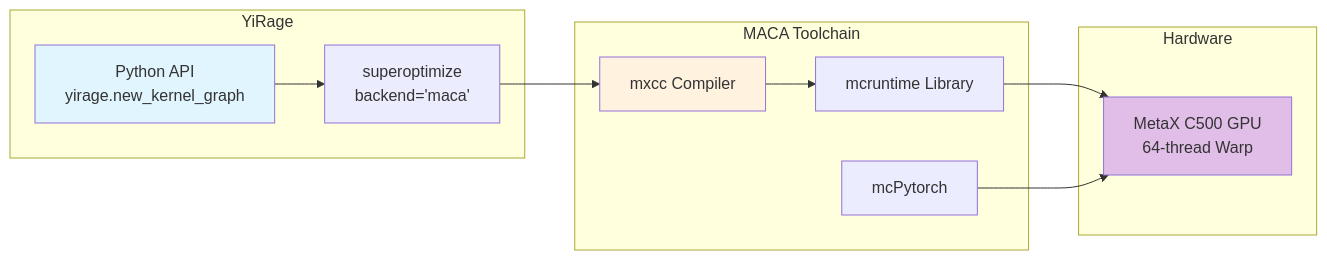
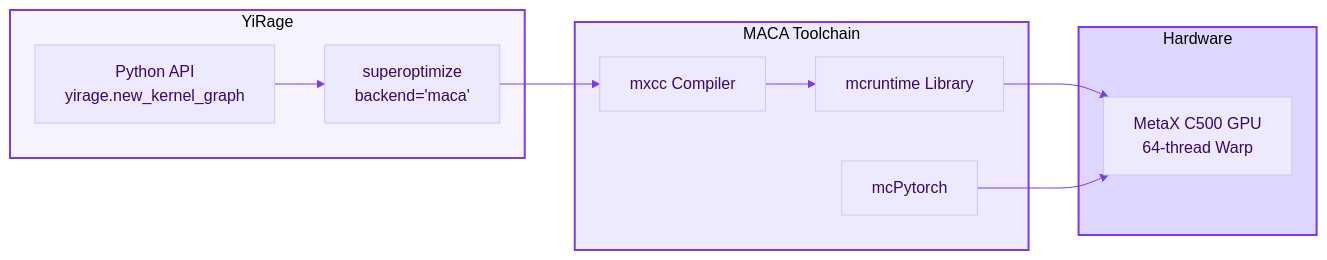
One commit to chenxingqiang/YiRage changed the diagram in docs/maca_quick_start.md. Above: the diagram before and after it, drawn with Mermaid. The commit also changed 9 other files, not shown here.

First line of the commit message:
style: unify Mermaid diagrams to minimal purple theme

````diff
--- a/docs/maca_quick_start.md
+++ b/docs/maca_quick_start.md
@@ -7,24 +7,25 @@
 ```mermaid
+%%{init: {'theme': 'base', 'themeVariables': { 'primaryColor': '#ede9fe', 'primaryTextColor': '#3b0764', 'lineColor': '#7c3aed'}}}%%
 flowchart LR
-    subgraph "YiRage"
+    subgraph YIRAGE["YiRage"]
         A[Python API<br/>yirage.new_kernel_graph]
         B[superoptimize<br/>backend='maca']
     end
 
-    subgraph "MACA Toolchain"
+    subgraph MACA["MACA Toolchain"]
         C[mxcc Compiler]
         D[mcruntime Library]
         E[mcPytorch]
     end
 
-    subgraph "Hardware"
+    subgraph HW["Hardware"]
         F[MetaX C500 GPU<br/>64-thread Warp]
     end
 
     A --> B --> C --> D --> F
     E --> F
 
-    style A fill:#e1f5fe
-    style C fill:#fff3e0
-    style F fill:#e1bee7
+    style YIRAGE fill:#f5f3ff,stroke:#7c3aed,stroke-width:2px
+    style MACA fill:#ede9fe,stroke:#7c3aed,stroke-width:2px
+    style HW fill:#ddd6fe,stroke:#7c3aed,stroke-width:2px
 ```
````
